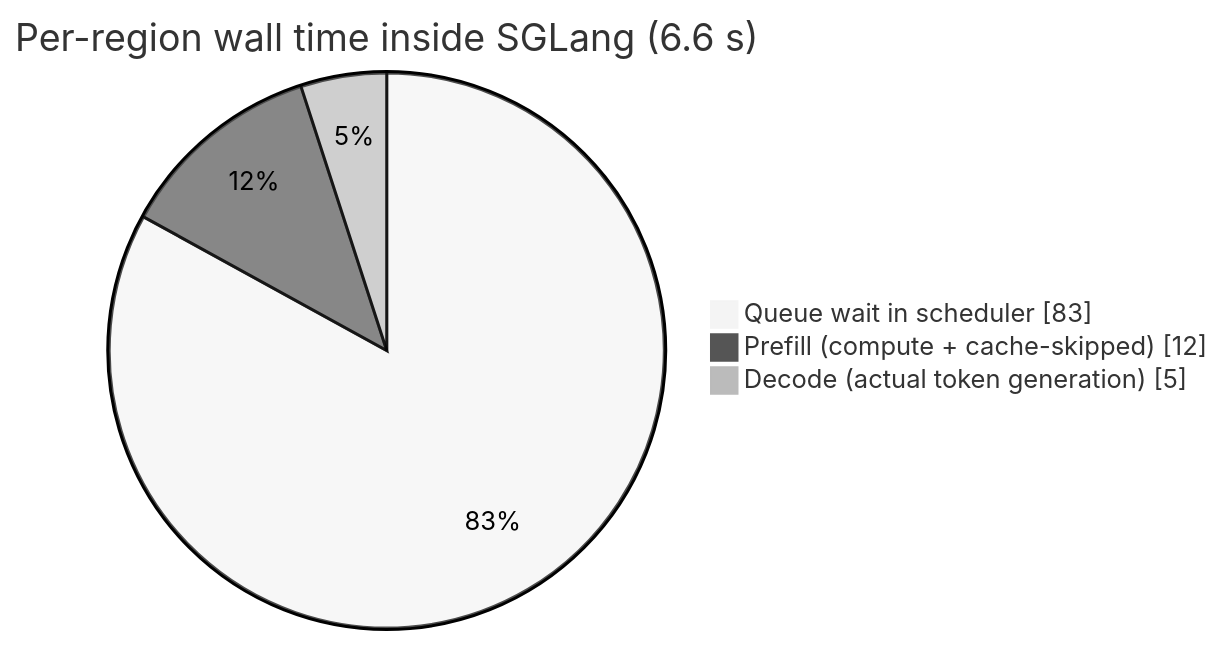
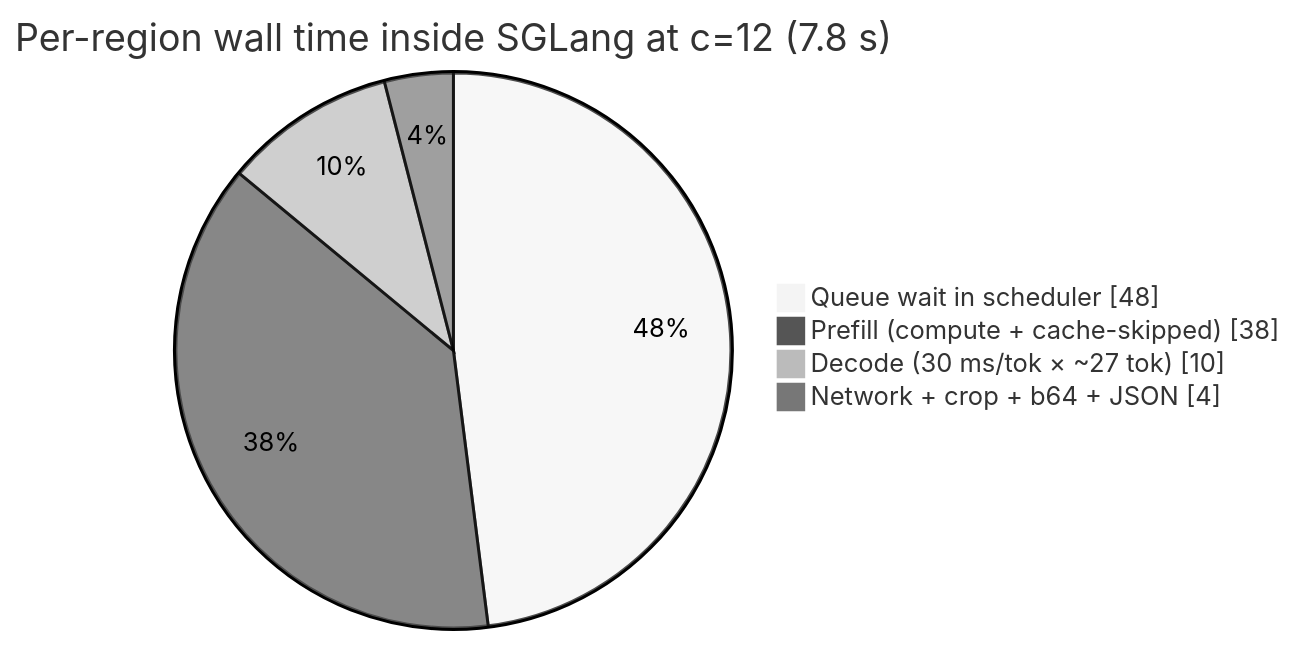
The sixth of 13 diagrams in docs/ARCHITECTURE-v2.md (xDido/glm-ocr), drawn with Mermaid (neutral theme) before and after one commit. The commit also changed other lines of this file and 37 other files, not shown here.

````diff
--- a/docs/ARCHITECTURE-v2.md
+++ b/docs/ARCHITECTURE-v2.md
@@ -624,7 +632,8 @@
 ```mermaid
 pie showData
-    title Per-region wall time inside SGLang (6.6 s)
-    "Queue wait in scheduler" : 83
-    "Prefill (compute + cache-skipped)" : 12
-    "Decode (actual token generation)" : 5
+    title Per-region wall time inside SGLang at c=12 (7.8 s)
+    "Queue wait in scheduler" : 48
+    "Prefill (compute + cache-skipped)" : 38
+    "Decode (30 ms/tok × ~27 tok)" : 10
+    "Network + crop + b64 + JSON" : 4
 ```
````
